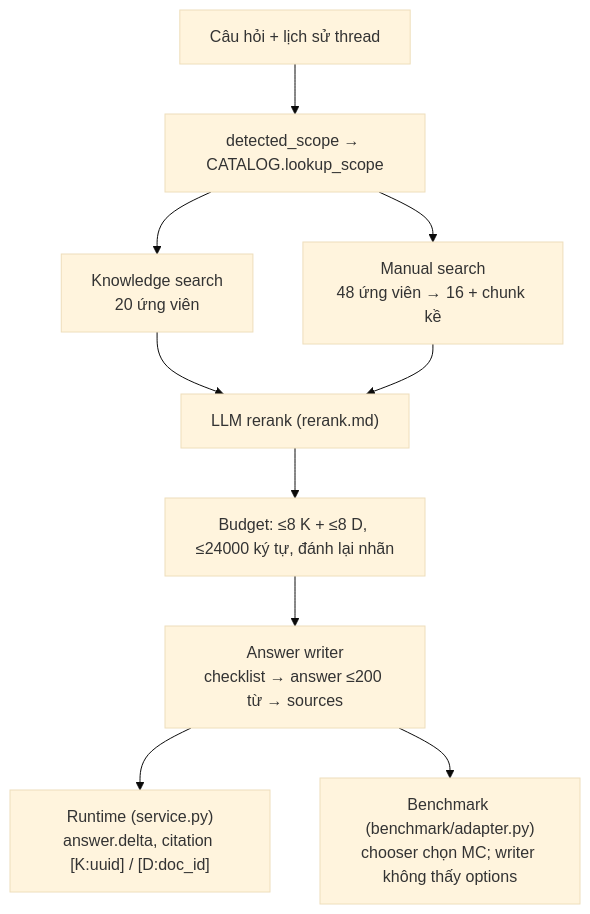
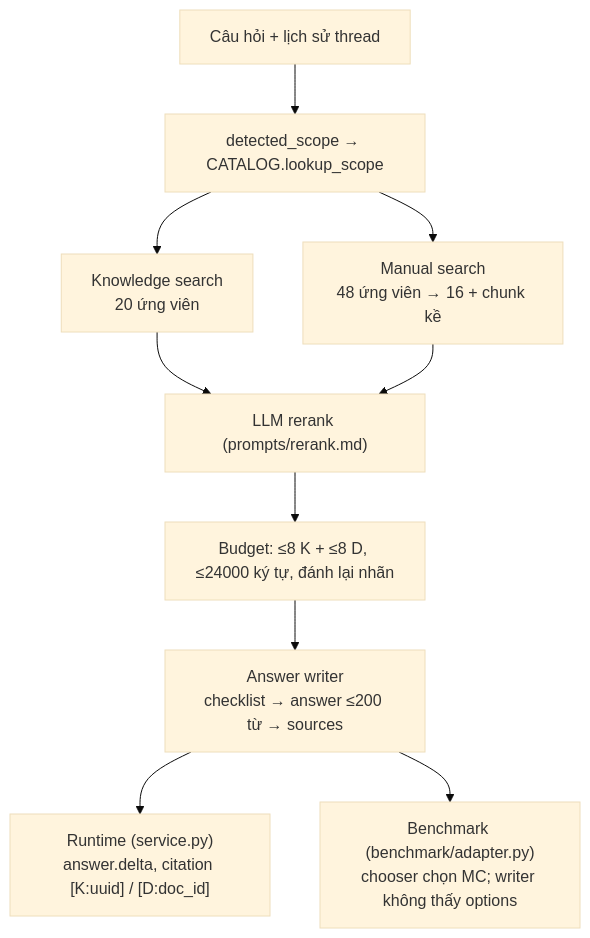
The second of 2 diagrams in docs/industrial-qa-kb.md (VinhPhamAI/factory-memo), drawn with Mermaid (base theme) before and after one commit. The commit also changed other lines of this file and 31 other files, not shown here.

````diff
--- a/docs/industrial-qa-kb.md
+++ b/docs/industrial-qa-kb.md
@@ -85,12 +85,12 @@
 ```mermaid
 flowchart TD
     q["Câu hỏi + lịch sử thread"] --> sc["detected_scope → CATALOG.lookup_scope"]
     sc --> ks["Knowledge search<br/>20 ứng viên"]
     sc --> ms["Manual search<br/>48 ứng viên → 16 + chunk kề"]
-    ks --> rr["LLM rerank (rerank.md)"]
+    ks --> rr["LLM rerank (prompts/rerank.md)"]
     ms --> rr
     rr --> bud["Budget: ≤8 K + ≤8 D, ≤24000 ký tự, đánh lại nhãn"]
     bud --> w["Answer writer<br/>checklist → answer ≤200 từ → sources"]
     w --> rt["Runtime (service.py)<br/>answer.delta, citation [K:uuid] / [D:doc_id]"]
     w --> bm["Benchmark (benchmark/adapter.py)<br/>chooser chọn MC; writer không thấy options"]
 ```
````
